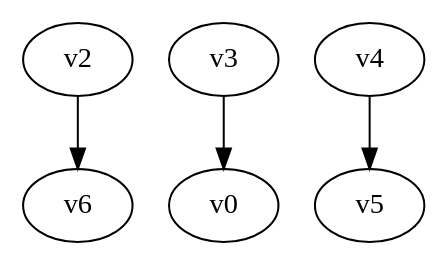
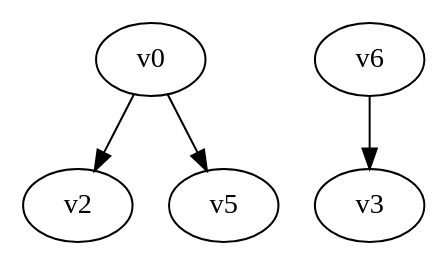
The diagram in digraph.dot (yadej/graph_project), drawn with Graphviz before and after one commit. The commit also changed 1 other file, not shown here.

```diff
--- a/digraph.dot
+++ b/digraph.dot
@@ -1,5 +1,5 @@
 digraph G { 
-v2 -> v6;
-v3 -> v0;
-v4 -> v5;
+v0 -> v2;
+v0 -> v5;
+v6 -> v3;
 }
```
